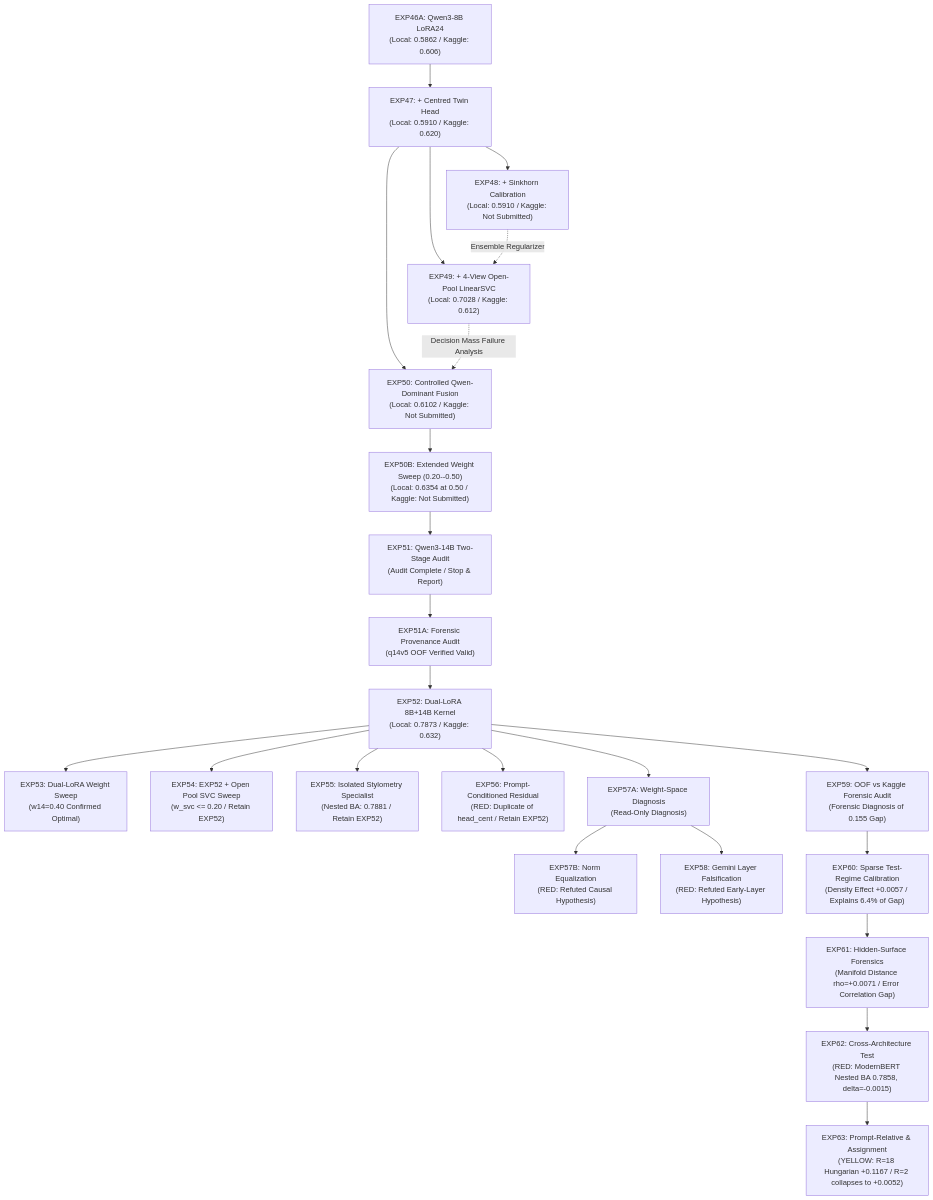
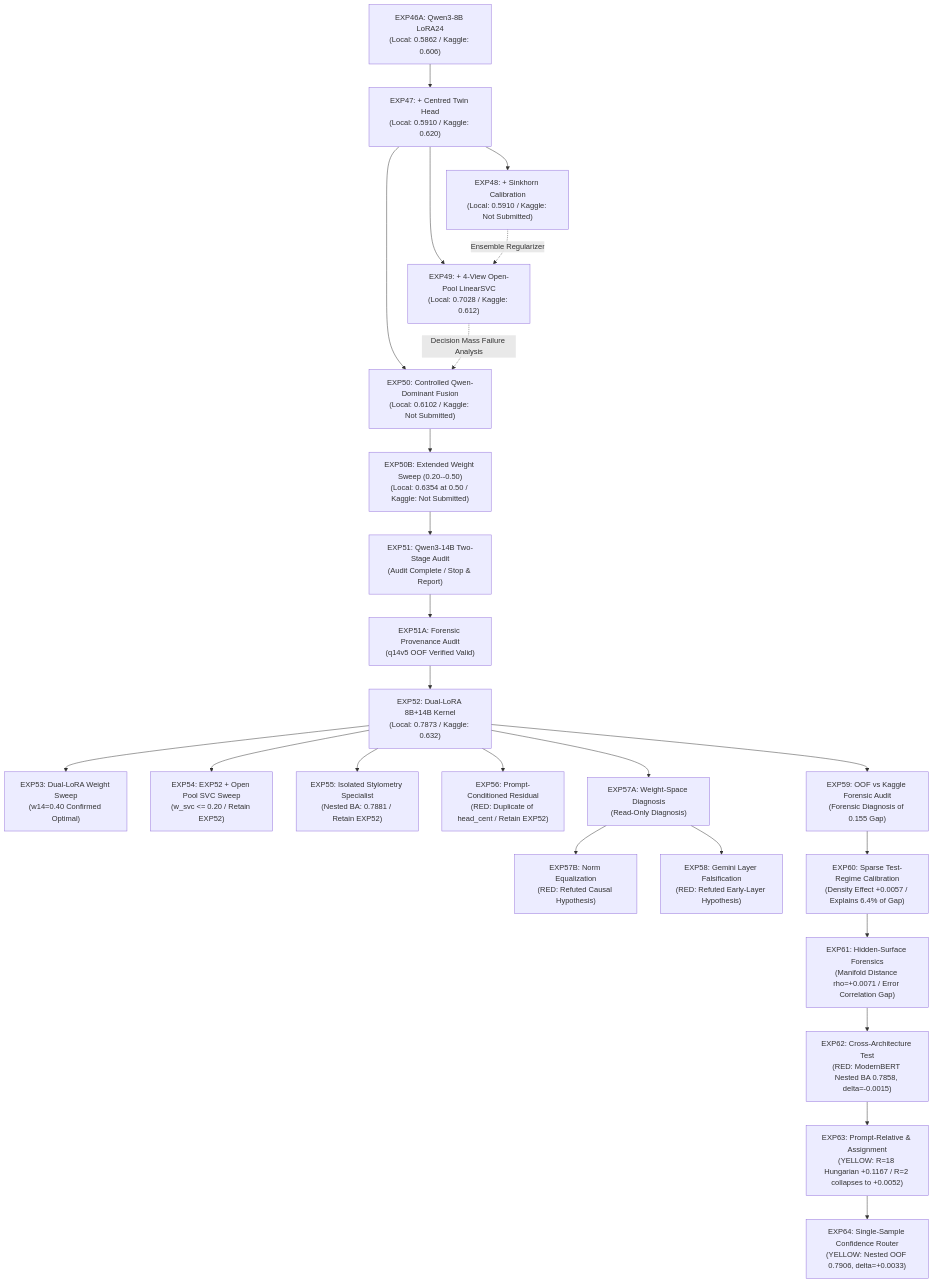
The diagram in EXPERIMENT_INDEX.md (jbjoyk/name-the-llm), drawn with Mermaid before and after one commit. The commit also changed other lines of this file and 38 other files, not shown here.

Commit message:
exp64: test single-sample confidence-aware routing

````diff
--- a/EXPERIMENT_INDEX.md
+++ b/EXPERIMENT_INDEX.md
@@ -9,25 +9,26 @@
 ```mermaid
 flowchart TD
     EXP46A["EXP46A: Qwen3-8B LoRA24<br/>(Local: 0.5862 / Kaggle: 0.606)"] --> EXP47["EXP47: + Centred Twin Head<br/>(Local: 0.5910 / Kaggle: 0.620)"]
     EXP47 --> EXP48["EXP48: + Sinkhorn Calibration<br/>(Local: 0.5910 / Kaggle: Not Submitted)"]
     EXP47 --> EXP49["EXP49: + 4-View Open-Pool LinearSVC<br/>(Local: 0.7028 / Kaggle: 0.612)"]
     EXP48 -.->|"Ensemble Regularizer"| EXP49
     EXP47 --> EXP50["EXP50: Controlled Qwen-Dominant Fusion<br/>(Local: 0.6102 / Kaggle: Not Submitted)"]
     EXP49 -.->|"Decision Mass Failure Analysis"| EXP50
     EXP50 --> EXP50B["EXP50B: Extended Weight Sweep (0.20--0.50)<br/>(Local: 0.6354 at 0.50 / Kaggle: Not Submitted)"]
     EXP50B --> EXP51["EXP51: Qwen3-14B Two-Stage Audit<br/>(Audit Complete / Stop & Report)"]
     EXP51 --> EXP51A["EXP51A: Forensic Provenance Audit<br/>(q14v5 OOF Verified Valid)"]
     EXP51A --> EXP52["EXP52: Dual-LoRA 8B+14B Kernel<br/>(Local: 0.7873 / Kaggle: 0.632)"]
     EXP52 --> EXP53["EXP53: Dual-LoRA Weight Sweep<br/>(w14=0.40 Confirmed Optimal)"]
     EXP52 --> EXP54["EXP54: EXP52 + Open Pool SVC Sweep<br/>(w_svc <= 0.20 / Retain EXP52)"]
     EXP52 --> EXP55["EXP55: Isolated Stylometry Specialist<br/>(Nested BA: 0.7881 / Retain EXP52)"]
     EXP52 --> EXP56["EXP56: Prompt-Conditioned Residual<br/>(RED: Duplicate of head_cent / Retain EXP52)"]
     EXP52 --> EXP57A["EXP57A: Weight-Space Diagnosis<br/>(Read-Only Diagnosis)"]
     EXP57A --> EXP57B["EXP57B: Norm Equalization<br/>(RED: Refuted Causal Hypothesis)"]
     EXP57A --> EXP58["EXP58: Gemini Layer Falsification<br/>(RED: Refuted Early-Layer Hypothesis)"]
     EXP52 --> EXP59["EXP59: OOF vs Kaggle Forensic Audit<br/>(Forensic Diagnosis of 0.155 Gap)"]
     EXP59 --> EXP60["EXP60: Sparse Test-Regime Calibration<br/>(Density Effect +0.0057 / Explains 6.4% of Gap)"]
     EXP60 --> EXP61["EXP61: Hidden-Surface Forensics<br/>(Manifold Distance rho=+0.0071 / Error Correlation Gap)"]
     EXP61 --> EXP62["EXP62: Cross-Architecture Test<br/>(RED: ModernBERT Nested BA 0.7858, delta=-0.0015)"]
     EXP62 --> EXP63["EXP63: Prompt-Relative & Assignment<br/>(YELLOW: R=18 Hungarian +0.1167 / R=2 collapses to +0.0052)"]
+    EXP63 --> EXP64["EXP64: Single-Sample Confidence Router<br/>(YELLOW: Nested OOF 0.7906, delta=+0.0033)"]
 ```
````
